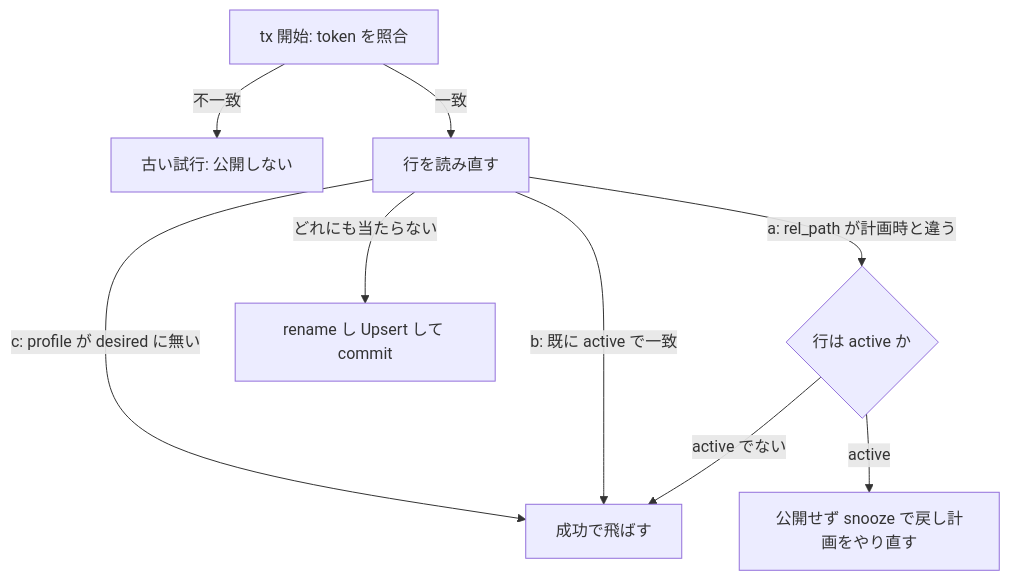
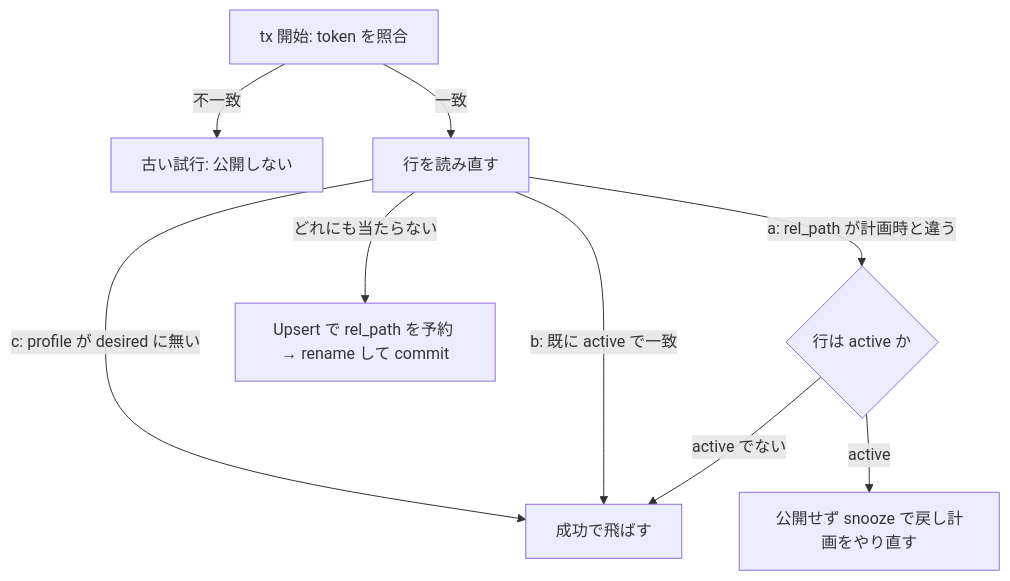
One commit to fetburner/rokuban changed the diagram in docs/storage/contract.md. Above: the diagram before and after it, drawn with Mermaid. The commit also changed other lines of this file and 3 other files, not shown here.

Commit message:
fix: reserve encoded media path before rename

````diff
--- a/docs/storage/contract.md
+++ b/docs/storage/contract.md
@@ -144,11 +147,11 @@
 ```mermaid
 flowchart TD
     A[tx 開始: token を照合] -->|不一致| X[古い試行: 公開しない]
     A -->|一致| B[行を読み直す]
     B -->|c: profile が desired に無い| S[成功で飛ばす]
     B -->|b: 既に active で一致| S
     B -->|a: rel_path が計画時と違う| C{行は active か}
     C -->|active| R[公開せず snooze で戻し計画をやり直す]
     C -->|active でない| S
-    B -->|どれにも当たらない| P[rename し Upsert して commit]
+    B -->|どれにも当たらない| P[Upsert で rel_path を予約 → rename して commit]
 ```
````
